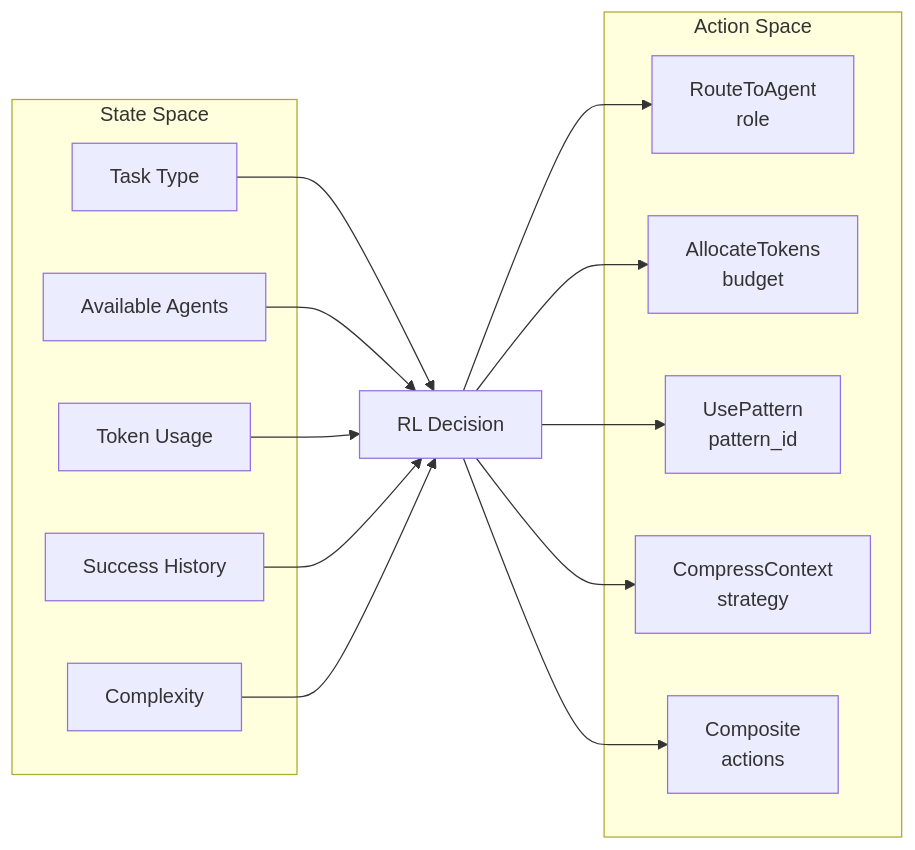
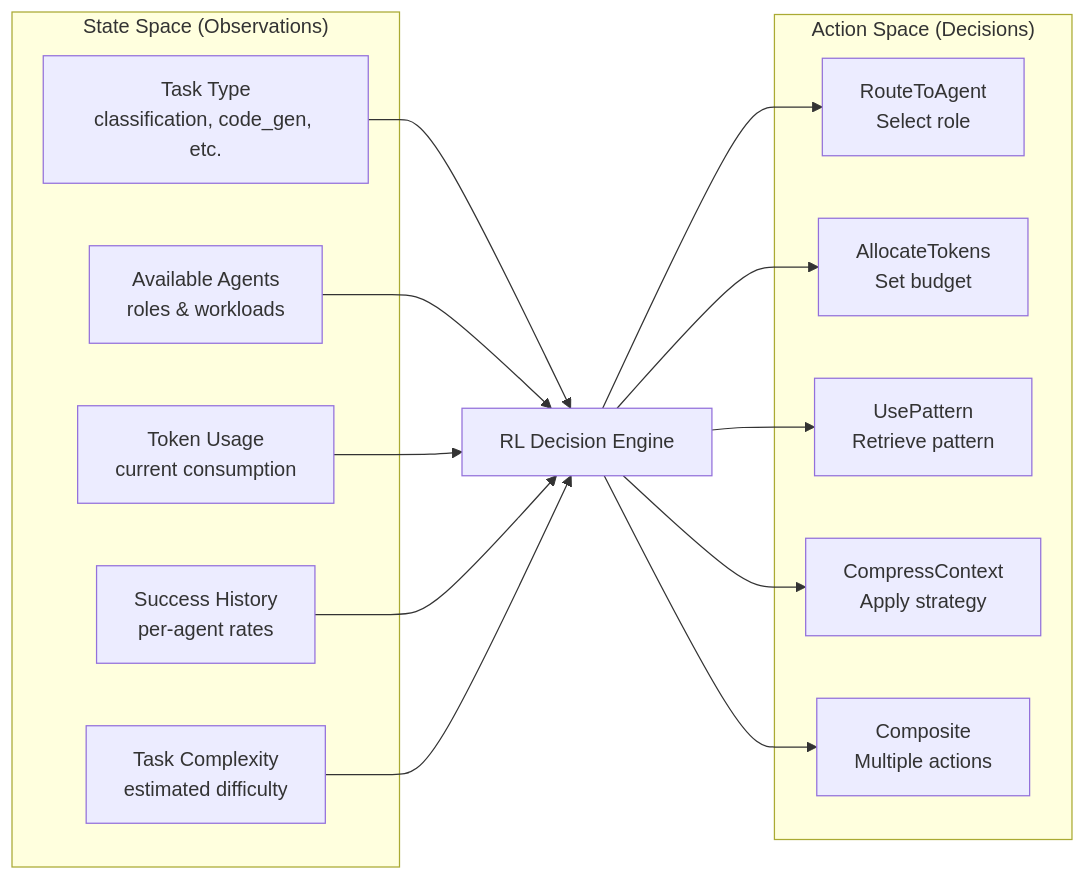
One commit to mjhcompany/cca changed diagram 13 of 19 in docs/architecture.md. Above: the diagram before and after it, drawn with Mermaid. The commit also changed other lines of this file and 43 other files, not shown here.

````diff
--- a/docs/architecture.md
+++ b/docs/architecture.md
@@ -674,30 +591,30 @@
 ```mermaid
 graph LR
-    subgraph "State Space"
-        TT[Task Type]
-        AA[Available Agents]
-        TU[Token Usage]
-        SH[Success History]
-        C[Complexity]
+    subgraph "State Space (Observations)"
+        TT[Task Type<br/>classification, code_gen, etc.]
+        AA[Available Agents<br/>roles & workloads]
+        TU[Token Usage<br/>current consumption]
+        SH[Success History<br/>per-agent rates]
+        TC[Task Complexity<br/>estimated difficulty]
     end
 
-    subgraph "Action Space"
-        RA[RouteToAgent<br/>role]
-        AT[AllocateTokens<br/>budget]
-        UP[UsePattern<br/>pattern_id]
-        CC[CompressContext<br/>strategy]
-        Comp[Composite<br/>actions]
+    subgraph "Action Space (Decisions)"
+        RA[RouteToAgent<br/>Select role]
+        AT[AllocateTokens<br/>Set budget]
+        UP[UsePattern<br/>Retrieve pattern]
+        CC[CompressContext<br/>Apply strategy]
+        CP[Composite<br/>Multiple actions]
     end
 
-    TT --> Decision[RL Decision]
+    TT --> Decision[RL Decision Engine]
     AA --> Decision
     TU --> Decision
     SH --> Decision
-    C --> Decision
+    TC --> Decision
 
     Decision --> RA
     Decision --> AT
     Decision --> UP
     Decision --> CC
-    Decision --> Comp
+    Decision --> CP
 ```
````
